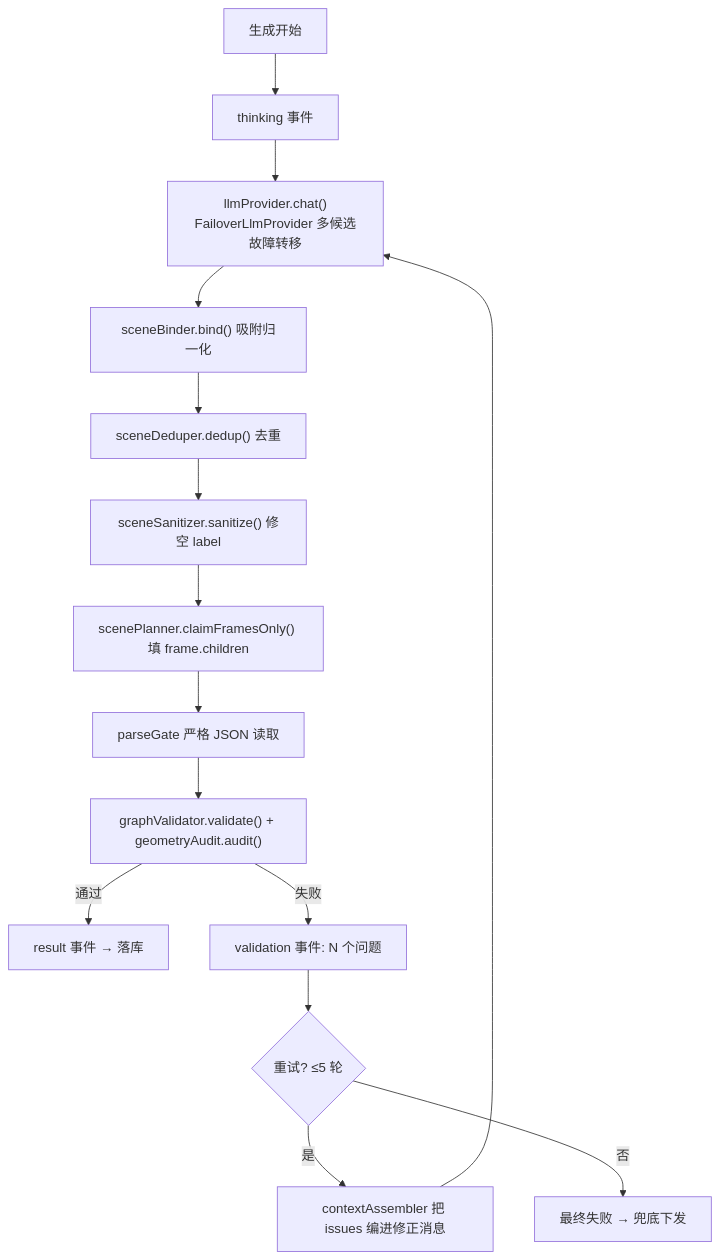
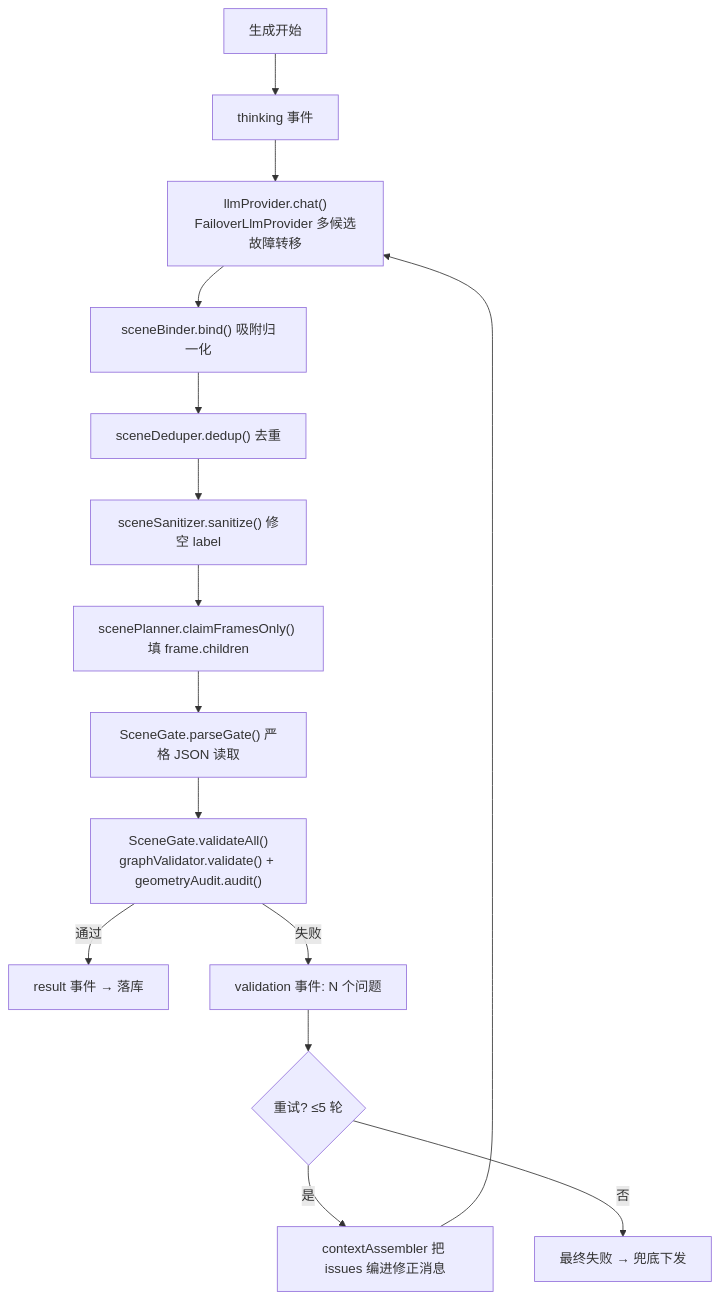
The seventh of 13 diagrams in workbuddyFlow/docs/FlowAI架构与交互机制.md (Nihao7-L/flowchart-ai), drawn with Mermaid before and after one commit. The commit also changed other lines of this file, not shown here.

````diff
--- a/workbuddyFlow/docs/FlowAI架构与交互机制.md
+++ b/workbuddyFlow/docs/FlowAI架构与交互机制.md
@@ -158,17 +184,17 @@
 ```mermaid
 flowchart TD
   Start["生成开始"] --> Think["thinking 事件"]
   Think --> LLM["llmProvider.chat()<br/>FailoverLlmProvider 多候选故障转移"]
   LLM --> Bind["sceneBinder.bind() 吸附归一化"]
   Bind --> Dedup["sceneDeduper.dedup() 去重"]
   Dedup --> San["sceneSanitizer.sanitize() 修空 label"]
   San --> Claim["scenePlanner.claimFramesOnly() 填 frame.children"]
-  Claim --> Gate["parseGate 严格 JSON 读取"]
-  Gate --> Val["graphValidator.validate() + geometryAudit.audit()"]
+  Claim --> Gate["SceneGate.parseGate() 严格 JSON 读取"]
+  Gate --> Val["SceneGate.validateAll()<br/>graphValidator.validate() + geometryAudit.audit()"]
   Val -->|"通过"| Res["result 事件 → 落库"]
   Val -->|"失败"| Iss["validation 事件: N 个问题"]
   Iss --> Retry{"重试? ≤5 轮"}
   Retry -->|"是"| Fix["contextAssembler 把 issues 编进修正消息"]
   Fix --> LLM
   Retry -->|"否"| Fall["最终失败 → 兜底下发"]
 ```
````
